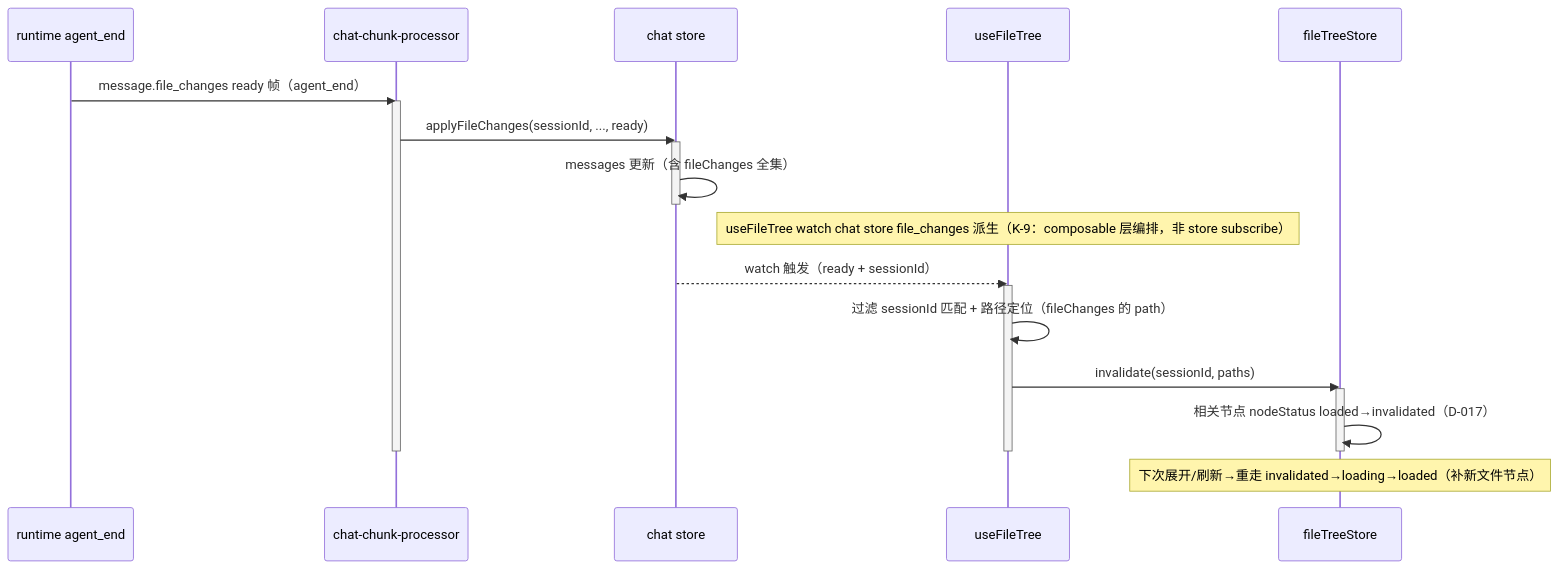
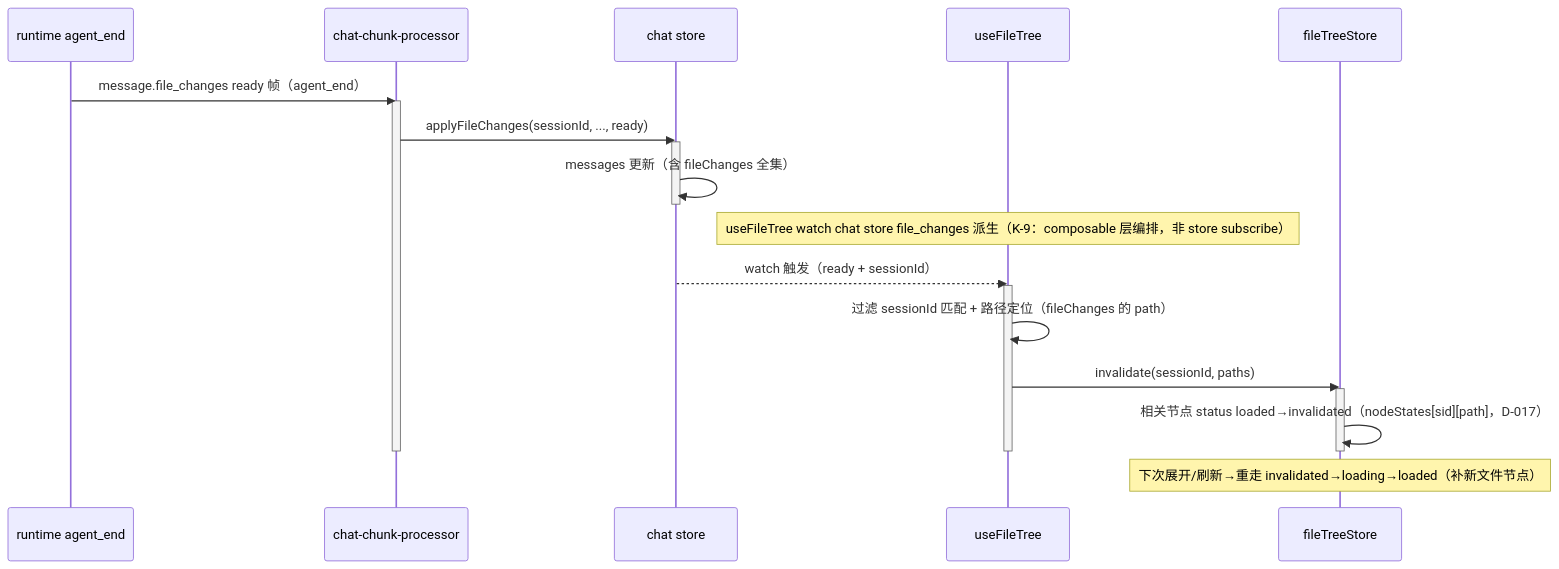
One commit to zhushanwen321/xyz-agent changed the sixth of 6 diagrams in .xyz-harness/2026-06-28-sidebar-project-file-tree/code-architecture.md. Above: the diagram before and after it, drawn with Mermaid. The commit also changed other lines of this file and 3 other files, not shown here.

First line of the commit message:
docs(file-tree): design consistency audit + model relation diagram

````diff
--- a/.xyz-harness/2026-06-28-sidebar-project-file-tree/code-architecture.md
+++ b/.xyz-harness/2026-06-28-sidebar-project-file-tree/code-architecture.md
@@ -494,26 +497,26 @@
 ```mermaid
 sequenceDiagram
     participant RT as runtime agent_end
     participant CCP as chat-chunk-processor
     participant CS as chat store
     participant UF as useFileTree
     participant ST as fileTreeStore
 
     RT->>CCP: message.file_changes ready 帧（agent_end）
     activate CCP
     CCP->>CS: applyFileChanges(sessionId, ..., ready)
     activate CS
     CS->>CS: messages 更新（含 fileChanges 全集）
     deactivate CS
     Note over UF: useFileTree watch chat store file_changes 派生（K-9：composable 层编排，非 store subscribe）
     CS-->>UF: watch 触发（ready + sessionId）
     activate UF
     UF->>UF: 过滤 sessionId 匹配 + 路径定位（fileChanges 的 path）
     UF->>ST: invalidate(sessionId, paths)
     activate ST
-    ST->>ST: 相关节点 nodeStatus loaded→invalidated（D-017）
+    ST->>ST: 相关节点 status loaded→invalidated（nodeStates[sid][path]，D-017）
     deactivate ST
     deactivate UF
     deactivate CCP
     Note over ST: 下次展开/刷新→重走 invalidated→loading→loaded（补新文件节点）
 ```
````
